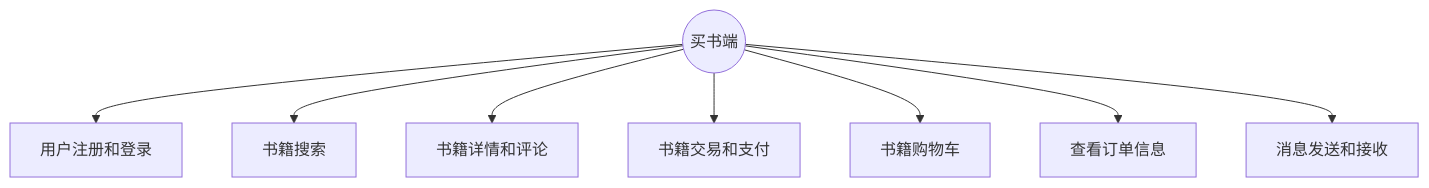
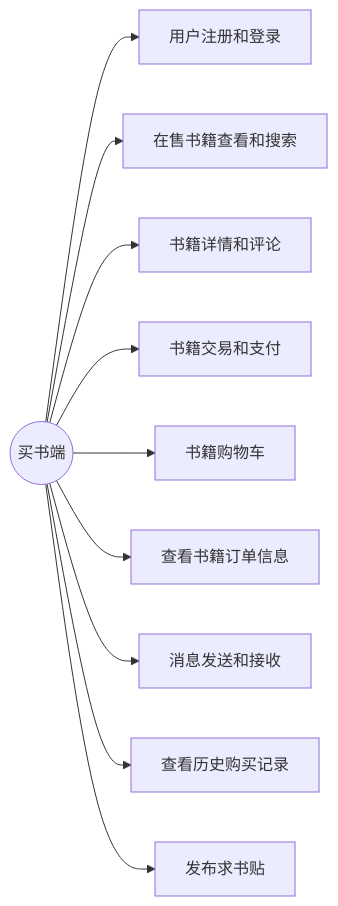
One commit to Nala-YN/DatabaseWebApp changed the first of 2 diagrams in 实际实现.md. Above: the diagram before and after it, drawn with Mermaid. The commit also changed other lines of this file and 294 other files, not shown here.

````diff
--- a/实际实现.md
+++ b/实际实现.md
@@ -24,19 +24,23 @@
 ```mermaid
-graph TB
+graph LR
 
 A((买书端));
 B[用户注册和登录];
-C[书籍搜索];
+C[在售书籍查看和搜索];
 D[书籍详情和评论];
 E[书籍交易和支付];
 F[书籍购物车];
-G[查看订单信息];
+G[查看书籍订单信息];
 H[消息发送和接收];
+I[查看历史购买记录];
+J[发布求书贴];
 A-->B;
 A-->C;
 A-->D;
 A-->E;
 A-->F;
 A-->G;
 A-->H;
+A-->I;
+A-->J;
 ```
````
